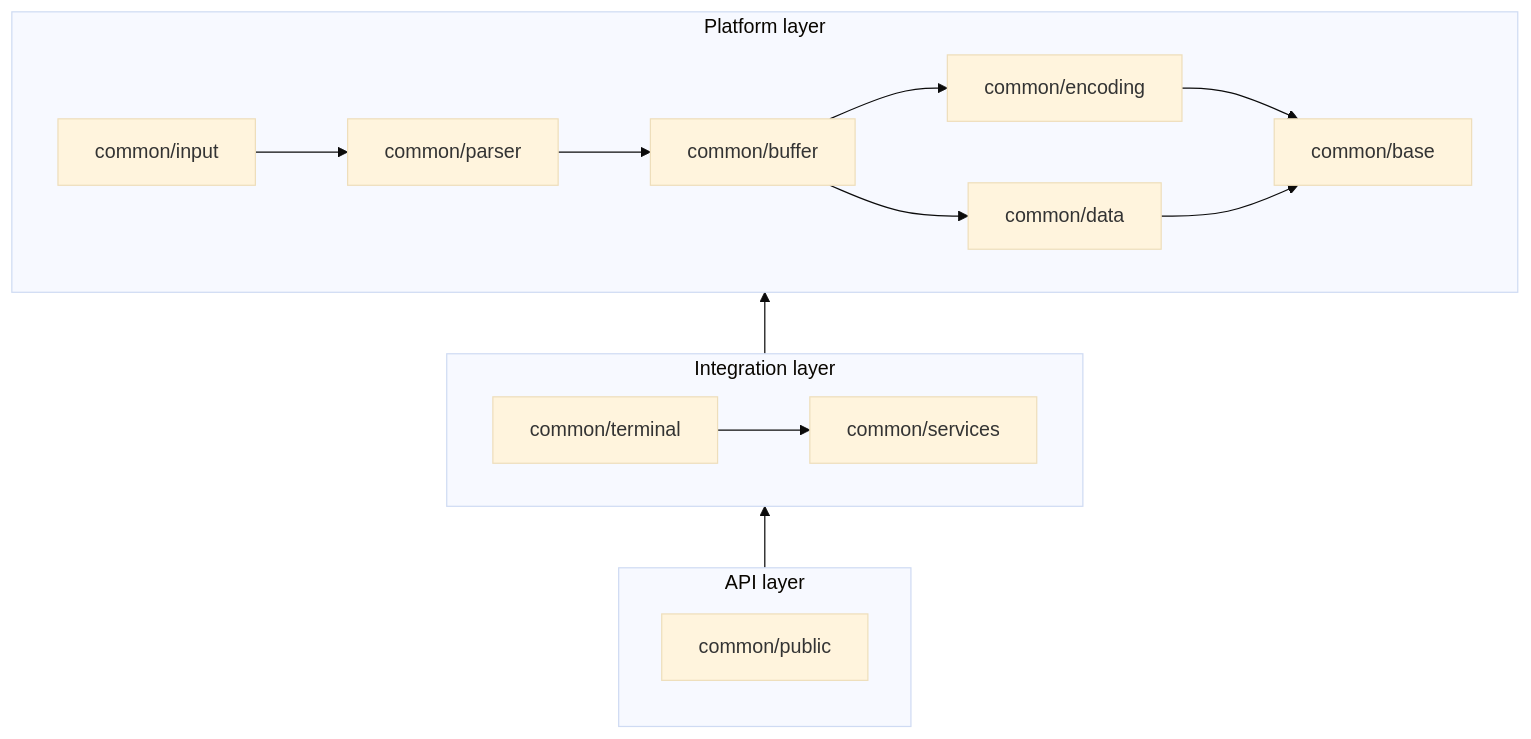
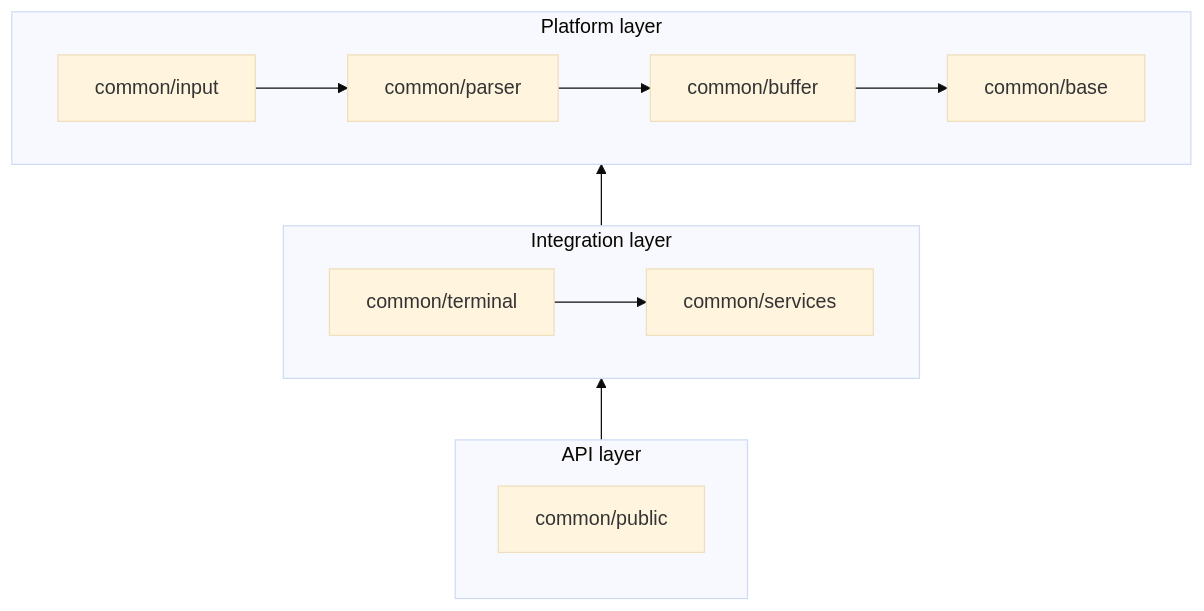
The diagram in src/common/REARCHITECTURE.md (xtermjs/xterm.js), drawn with Mermaid (base theme) before and after one commit. The commit also changed other lines of this file and 41 other files, not shown here.

First line of the commit message:
Merge common/encoding and common/data into common/base

````diff
--- a/src/common/REARCHITECTURE.md
+++ b/src/common/REARCHITECTURE.md
@@ -7,33 +7,28 @@
 ```mermaid
 flowchart BT
   subgraph platform["Platform layer"]
     direction LR
     base["common/base"]
-    encoding["common/encoding"]
-    data["common/data"]
     buffer["common/buffer"]
     parser["common/parser"]
     input["common/input"]
 
-    encoding --> base
-    data --> base
-    buffer --> encoding
-    buffer --> data
+    buffer --> base
     parser --> buffer
     input --> parser
   end
 
   subgraph integration["Integration layer"]
     direction LR
     services["common/services"]
     terminal["common/terminal"]
     terminal --> services
   end
 
   subgraph api_layer["API layer"]
     public["common/public"]
   end
 
   integration --> platform
   api_layer --> integration
 ```
````
